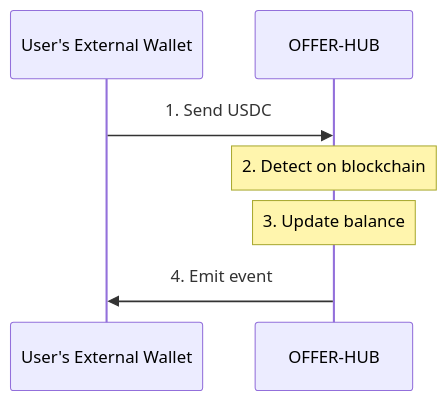
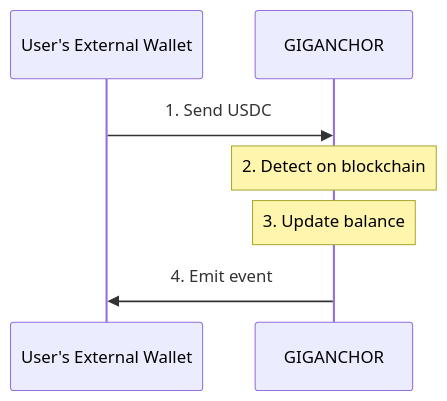
One commit to GigAnchor/giganchor changed the diagram in content/docs/guide/deposits.mdx. Above: the diagram before and after it, drawn with Mermaid. The commit also changed other lines of this file and 194 other files, not shown here.

````diff
--- a/content/docs/guide/deposits.mdx
+++ b/content/docs/guide/deposits.mdx
@@ -79,10 +79,10 @@
 ```mermaid
 sequenceDiagram
     participant User as User's External Wallet
-    participant OH as OFFER-HUB
+    participant GA as GIGANCHOR
 
-    User->>OH: 1. Send USDC
-    Note over OH: 2. Detect on blockchain
-    Note over OH: 3. Update balance
-    OH->>User: 4. Emit event
+    User->>GA: 1. Send USDC
+    Note over GA: 2. Detect on blockchain
+    Note over GA: 3. Update balance
+    GA->>User: 4. Emit event
 ```
````
